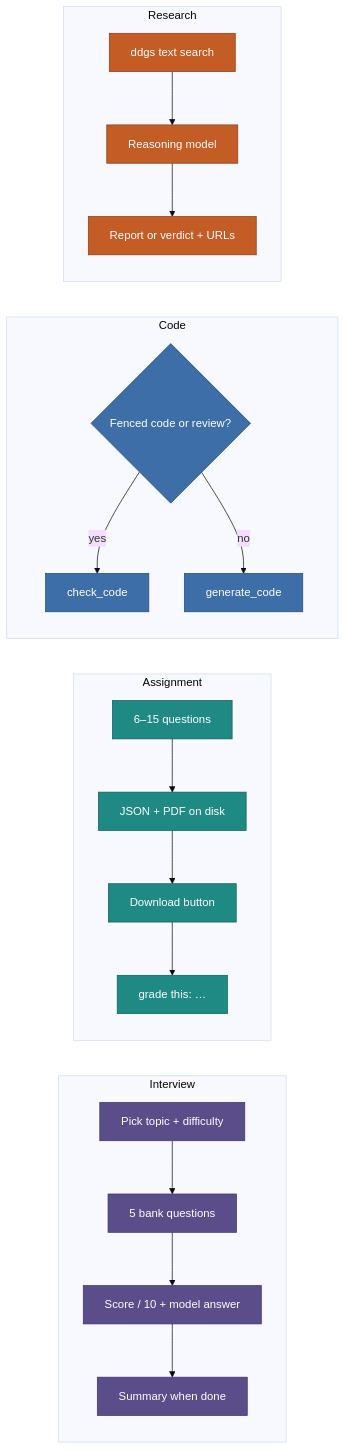
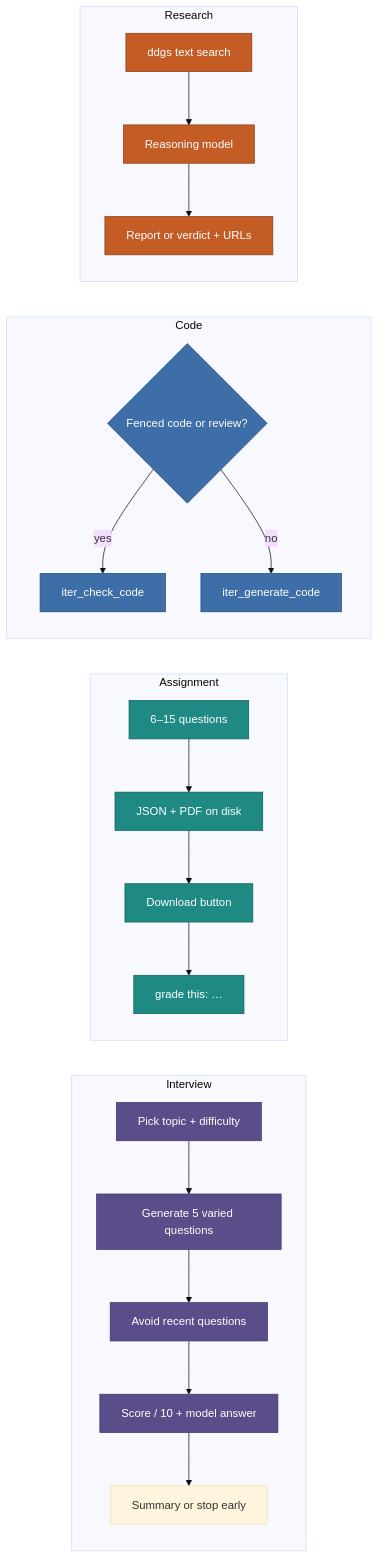
The fourth of 4 diagrams in README.md (Hisingh11/data-science-tutor), drawn with Mermaid before and after one commit. The commit also changed other lines of this file, not shown here.

````diff
--- a/README.md
+++ b/README.md
@@ -306,35 +304,36 @@
 ```mermaid
 %%{init: {"theme": "base"}}%%
 flowchart LR
   subgraph Interview["Interview"]
-    I1["Pick topic + difficulty"] --> I2["5 bank questions"]
-    I2 --> I3["Score / 10 + model answer"]
-    I3 --> I4["Summary when done"]
+    I1["Pick topic + difficulty"] --> I2["Generate 5 varied questions"]
+    I2 --> I3["Avoid recent questions"]
+    I3 --> I4["Score / 10 + model answer"]
+    I4 --> I5["Summary or stop early"]
   end
 
   subgraph Assignment["Assignment"]
     A1["6–15 questions"] --> A2["JSON + PDF on disk"]
     A2 --> A3["Download button"]
     A3 --> A4["grade this: …"]
   end
 
   subgraph Code["Code"]
     C1{"Fenced code or review?"}
-    C1 -->|yes| C2["check_code"]
-    C1 -->|no| C3["generate_code"]
+    C1 -->|yes| C2["iter_check_code"]
+    C1 -->|no| C3["iter_generate_code"]
   end
 
   subgraph Research["Research"]
     S1["ddgs text search"] --> S2["Reasoning model"]
     S2 --> S3["Report or verdict + URLs"]
   end
 
   classDef iv fill:#5b4d8a,stroke:#3d3470,color:#fff
   classDef as fill:#1f8a84,stroke:#0f5c58,color:#fff
   classDef cd fill:#3d6ea8,stroke:#244a78,color:#fff
   classDef rs fill:#c45c26,stroke:#8a3d14,color:#fff
   class I1,I2,I3,I4 iv
   class A1,A2,A3,A4 as
   class C1,C2,C3 cd
   class S1,S2,S3 rs
 ```
````
